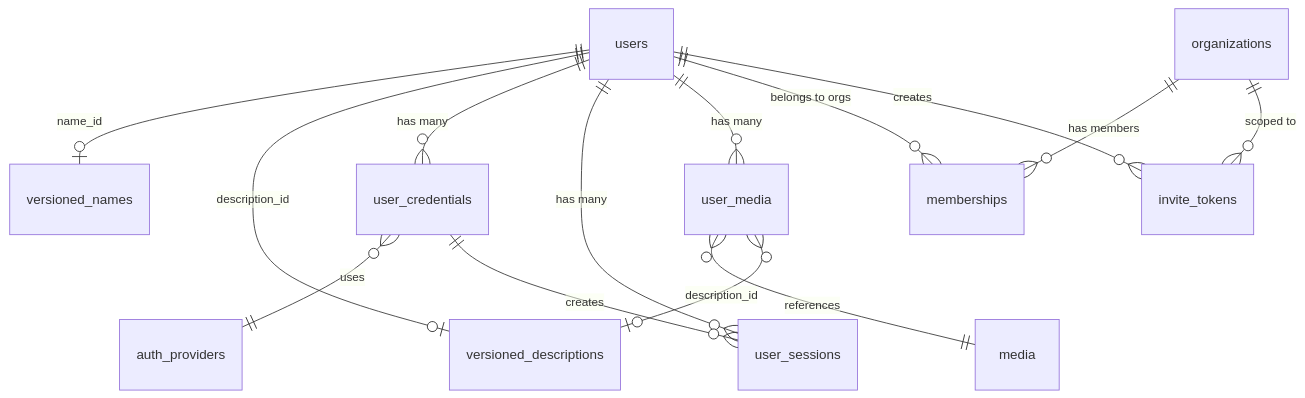
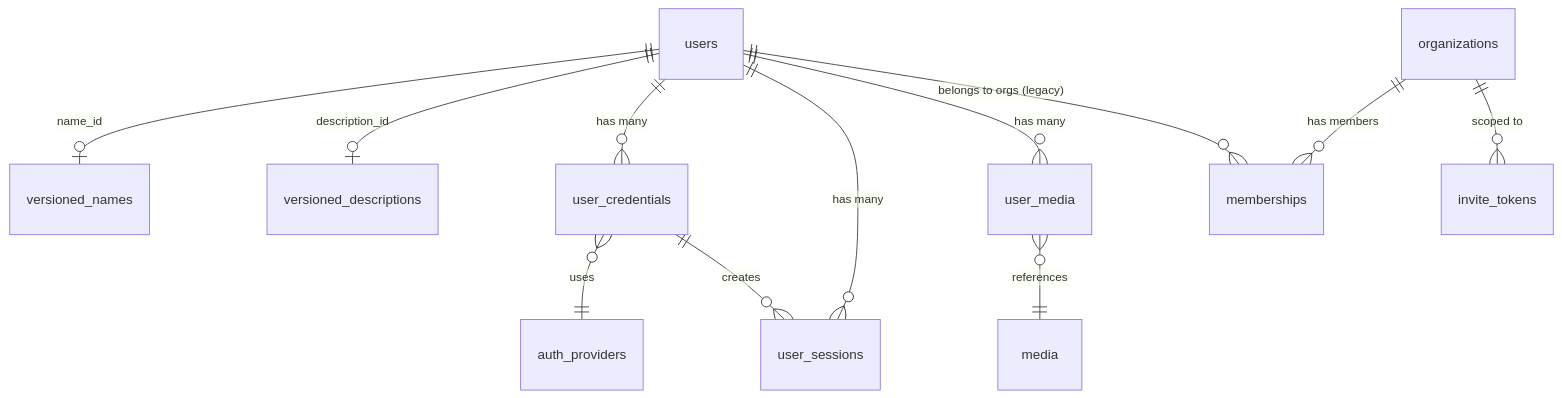
One commit to noizu-labs-ml/NoizuPromptLingo changed the diagram in docs/PROJ-SCHEMA.summary.md. Above: the diagram before and after it, drawn with Mermaid. The commit also changed other lines of this file and 9 other files, not shown here.

Commit message:
docs: refresh PROJ-LAYOUT/SCHEMA/ARCH docs (2026-09-01 doc sweep)

````diff
--- a/docs/PROJ-SCHEMA.summary.md
+++ b/docs/PROJ-SCHEMA.summary.md
@@ -33,16 +37,14 @@
 ```mermaid
 erDiagram
     users ||--o| versioned_names : "name_id"
     users ||--o| versioned_descriptions : "description_id"
     users ||--o{ user_credentials : "has many"
     users ||--o{ user_sessions : "has many"
     users ||--o{ user_media : "has many"
-    users ||--o{ memberships : "belongs to orgs"
-    users ||--o{ invite_tokens : "creates"
+    users ||--o{ memberships : "belongs to orgs (legacy)"
     user_credentials }o--|| auth_providers : "uses"
     user_credentials ||--o{ user_sessions : "creates"
     user_media }o--|| media : "references"
-    user_media }o--o| versioned_descriptions : "description_id"
     organizations ||--o{ memberships : "has members"
     organizations ||--o{ invite_tokens : "scoped to"
 ```
````
